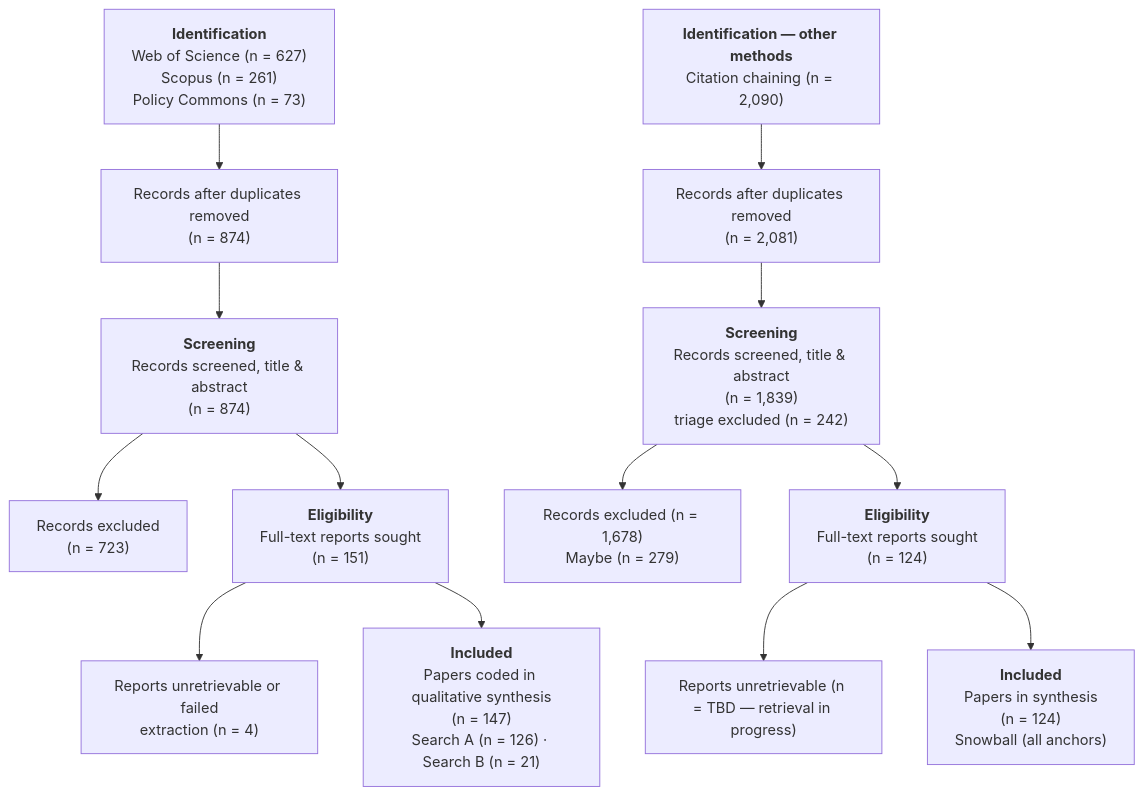
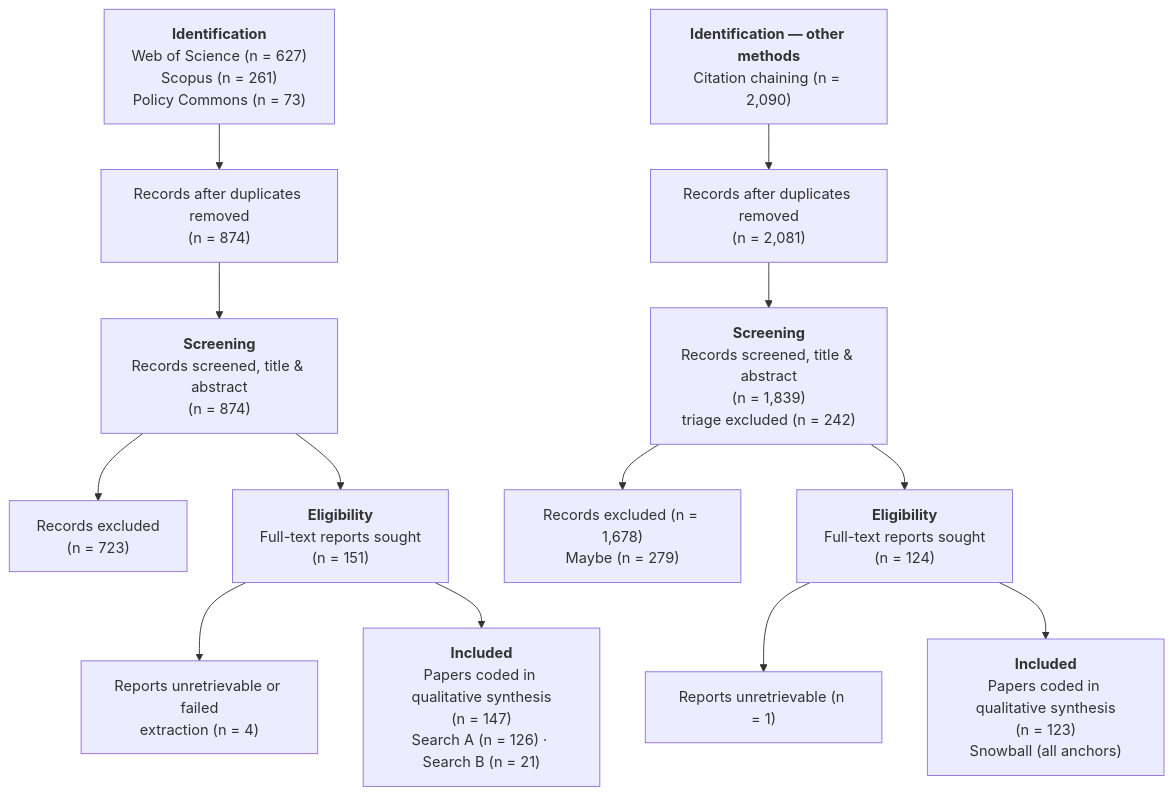
One commit to EVasiloudes/algorithmic-governance-domicide-slr changed the diagram in projects/dissertation/ch3-draft.md. Above: the diagram before and after it, drawn with Mermaid. The commit also changed other lines of this file and 28 other files, not shown here.

````diff
--- a/projects/dissertation/ch3-draft.md
+++ b/projects/dissertation/ch3-draft.md
@@ -127,15 +127,15 @@
 ```mermaid
 flowchart TD
     A1["<b>Identification</b><br/>Web of Science (n = 627)<br/>Scopus (n = 261)<br/>Policy Commons (n = 73)"] --> B["Records after duplicates removed<br/>(n = 874)"]
     A2["<b>Identification — other methods</b><br/>Citation chaining (n = 2,090)"] --> B2["Records after duplicates removed<br/>(n = 2,081)"]
     B --> C["<b>Screening</b><br/>Records screened, title &amp; abstract<br/>(n = 874)"]
     B2 --> C2["<b>Screening</b><br/>Records screened, title &amp; abstract<br/>(n = 1,839)<br/>triage excluded (n = 242)"]
     C --> D["Records excluded<br/>(n = 723)"]
     C --> E["<b>Eligibility</b><br/>Full-text reports sought<br/>(n = 151)"]
     C2 --> D2["Records excluded (n = 1,678)<br/>Maybe (n = 279)"]
     C2 --> E2["<b>Eligibility</b><br/>Full-text reports sought<br/>(n = 124)"]
     E --> F["Reports unretrievable or failed<br/>extraction (n = 4)"]
-    E2 --> F2["Reports unretrievable (n = TBD — retrieval in progress)"]
+    E2 --> F2["Reports unretrievable (n = 1)"]
     E --> G["<b>Included</b><br/>Papers coded in qualitative synthesis<br/>(n = 147)<br/>Search A (n = 126) · Search B (n = 21)"]
-    E2 --> G2["<b>Included</b><br/>Papers in synthesis<br/>(n = 124)<br/>Snowball (all anchors)"]
+    E2 --> G2["<b>Included</b><br/>Papers coded in qualitative synthesis<br/>(n = 123)<br/>Snowball (all anchors)"]
 ```
````
